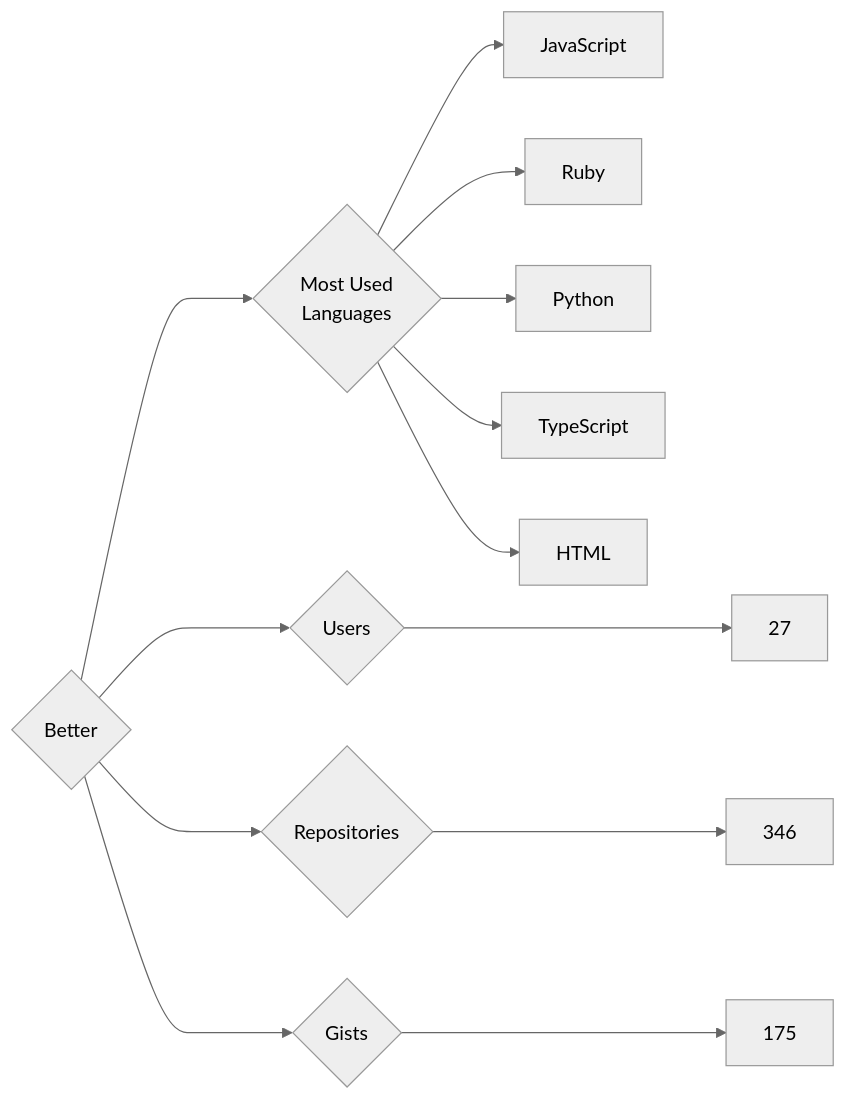
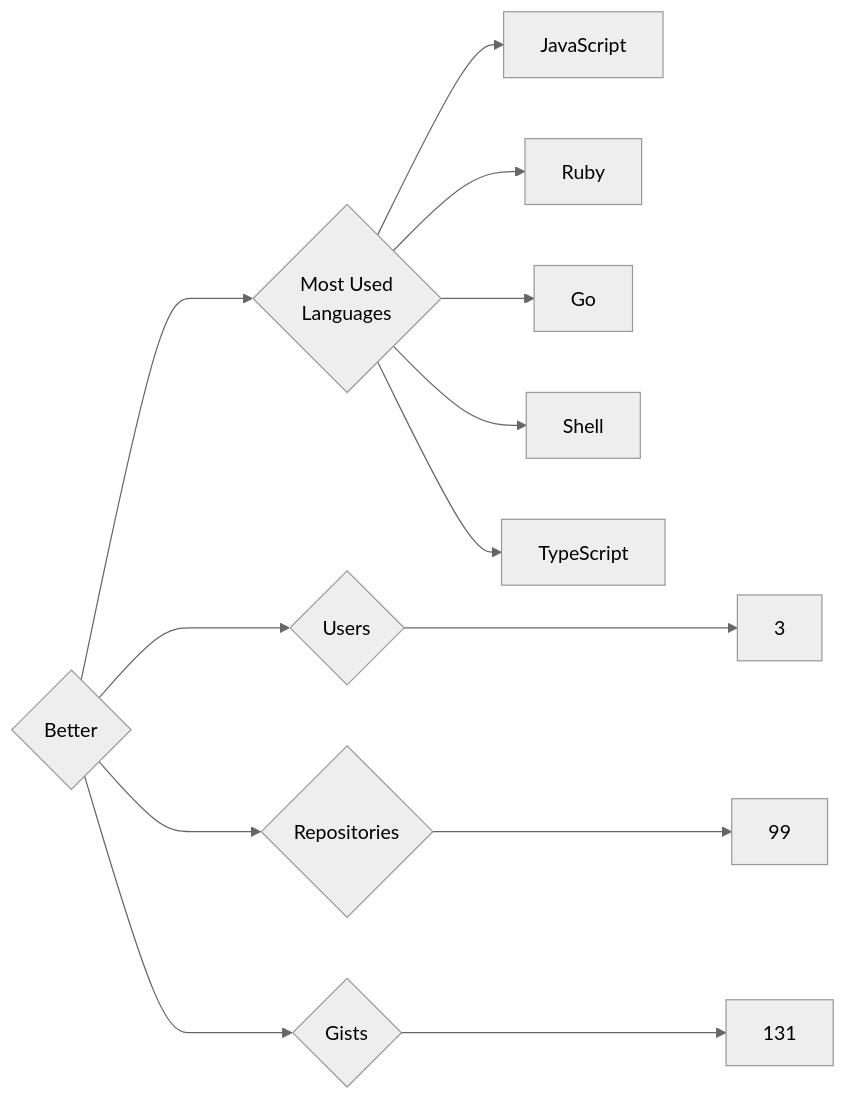
Before and after one commit to trickest/insiders: the diagram in targets/Better/README.md, drawn with Mermaid (neutral theme). The commit also changed 934 other files, not shown here.

````diff
--- a/targets/Better/README.md
+++ b/targets/Better/README.md
@@ -3,13 +3,13 @@
 ```mermaid
 graph LR
 COMPANY_NAME{Better}
-COMPANY_NAME ---> U{Users} ---> UN[27]
-COMPANY_NAME ---> R{Repositories} ---> RN[346]
-COMPANY_NAME ---> G{Gists} ---> GN[175]
+COMPANY_NAME ---> U{Users} ---> UN[3]
+COMPANY_NAME ---> R{Repositories} ---> RN[99]
+COMPANY_NAME ---> G{Gists} ---> GN[131]
 COMPANY_NAME ---> ML{Most Used<br>Languages}
 ML --> JavaScript[JavaScript]
 ML --> Ruby[Ruby]
-ML --> Python[Python]
+ML --> Go[Go]
+ML --> Shell[Shell]
 ML --> TypeScript[TypeScript]
-ML --> HTML[HTML]
 ```
````
